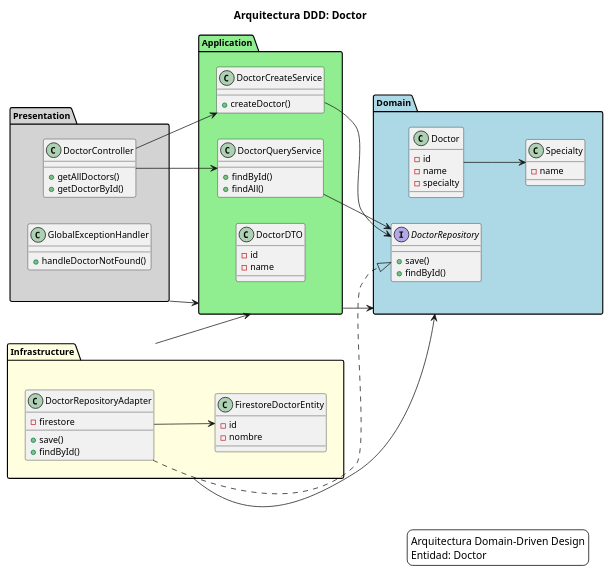
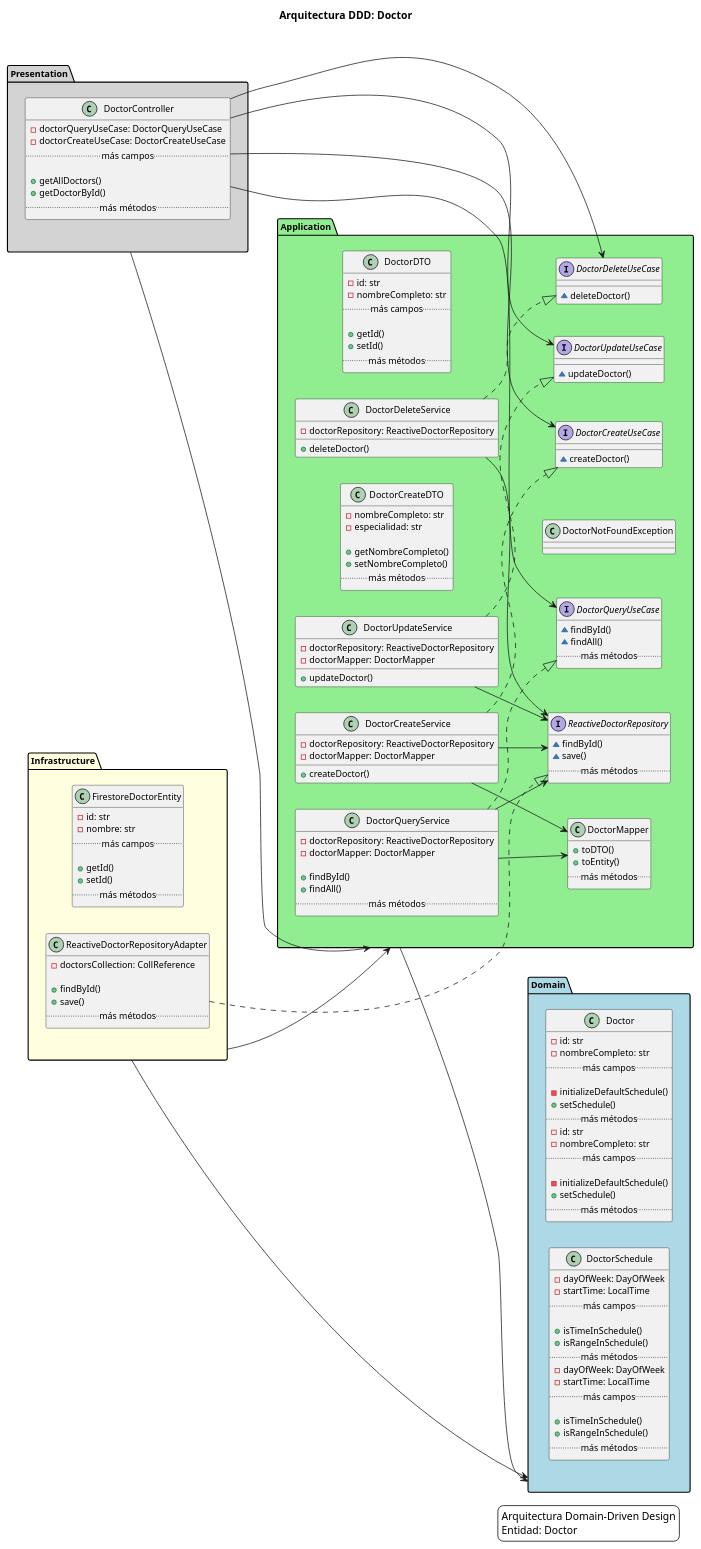
The diagram in Odoonto.Back/src/main/java/odoonto/documentation/plantuml/doctor/doctor_ddd_diagram.puml (JBorrsad/odonto6), drawn with PlantUML before and after one commit. The commit also changed 10 other files, not shown here.

Commit message:
upgrade diagrams

```diff
--- a/Odoonto.Back/src/main/java/odoonto/documentation/plantuml/doctor/doctor_ddd_diagram.puml
+++ b/Odoonto.Back/src/main/java/odoonto/documentation/plantuml/doctor/doctor_ddd_diagram.puml
@@ -1,83 +1,178 @@
 @startuml
+
 title Arquitectura DDD: Doctor
 
-' Configuración básica
 skinparam backgroundColor white
 skinparam defaultFontName Arial
 skinparam defaultFontSize 12
 scale max 1024 width
 left to right direction
 
-' Definición de paquetes y colores básicos
 package "Presentation" as presentation #lightgray {
   class DoctorController {
+    - doctorQueryUseCase: DoctorQueryUseCase
+    - doctorCreateUseCase: DoctorCreateUseCase
+    .. más campos ..
+
     + getAllDoctors()
     + getDoctorById()
-  }
-  class GlobalExceptionHandler {
-    + handleDoctorNotFound()
+    .. más métodos ..
   }
 }
 
 package "Application" as application #lightgreen {
+  class DoctorCreateDTO {
+    - nombreCompleto: str
+    - especialidad: str
+
+    + getNombreCompleto()
+    + setNombreCompleto()
+    .. más métodos ..
+  }
+  class DoctorDTO {
+    - id: str
+    - nombreCompleto: str
+    .. más campos ..
+
+    + getId()
+    + setId()
+    .. más métodos ..
+  }
+  class DoctorNotFoundException
+  class DoctorMapper {
+    + toDTO()
+    + toEntity()
+    .. más métodos ..
+  }
+  interface DoctorCreateUseCase {
+    ~ createDoctor()
+  }
+  interface DoctorDeleteUseCase {
+    ~ deleteDoctor()
+  }
+  interface DoctorQueryUseCase {
+    ~ findById()
+    ~ findAll()
+    .. más métodos ..
+  }
+  interface DoctorUpdateUseCase {
+    ~ updateDoctor()
+  }
+  interface ReactiveDoctorRepository {
+    ~ findById()
+    ~ save()
+    .. más métodos ..
+  }
   class DoctorCreateService {
+    - doctorRepository: ReactiveDoctorRepository
+    - doctorMapper: DoctorMapper
+
     + createDoctor()
   }
+  class DoctorDeleteService {
+    - doctorRepository: ReactiveDoctorRepository
+
+    + deleteDoctor()
+  }
   class DoctorQueryService {
+    - doctorRepository: ReactiveDoctorRepository
+    - doctorMapper: DoctorMapper
+
     + findById()
     + findAll()
+    .. más métodos ..
   }
-  class DoctorDTO {
-    - id
-    - name
+  class DoctorUpdateService {
+    - doctorRepository: ReactiveDoctorRepository
+    - doctorMapper: DoctorMapper
+
+    + updateDoctor()
   }
 }
 
 package "Domain" as domain #lightblue {
   class Doctor {
-    - id
-    - name
-    - specialty
+    - id: str
+    - nombreCompleto: str
+    .. más campos ..
+
+    - initializeDefaultSchedule()
+    + setSchedule()
+    .. más métodos ..
   }
-  class Specialty {
-    - name
+  class DoctorSchedule {
+    - dayOfWeek: DayOfWeek
+    - startTime: LocalTime
+    .. más campos ..
+
+    + isTimeInSchedule()
+    + isRangeInSchedule()
+    .. más métodos ..
   }
-  interface DoctorRepository {
-    + save()
-    + findById()
+  class Doctor {
+    - id: str
+    - nombreCompleto: str
+    .. más campos ..
+
+    - initializeDefaultSchedule()
+    + setSchedule()
+    .. más métodos ..
+  }
+  class DoctorSchedule {
+    - dayOfWeek: DayOfWeek
+    - startTime: LocalTime
+    .. más campos ..
+
+    + isTimeInSchedule()
+    + isRangeInSchedule()
+    .. más métodos ..
   }
 }
 
 package "Infrastructure" as infrastructure #lightyellow {
-  class DoctorRepositoryAdapter {
-    - firestore
+  class FirestoreDoctorEntity {
+    - id: str
+    - nombre: str
+    .. más campos ..
+
+    + getId()
+    + setId()
+    .. más métodos ..
+  }
+  class ReactiveDoctorRepositoryAdapter {
+    - doctorsCollection: CollReference
+
+    + findById()
     + save()
-    + findById()
-  }
-  class FirestoreDoctorEntity {
-    - id
-    - nombre
+    .. más métodos ..
   }
 }
 
-' Dependencias entre capas
+' Dependencias entre capas de arquitectura
 presentation --> application
 application --> domain
 infrastructure --> domain
 infrastructure --> application
 
-' Relaciones entre clases
-DoctorController --> DoctorQueryService
-DoctorController --> DoctorCreateService
-DoctorCreateService --> DoctorRepository
-DoctorQueryService --> DoctorRepository
-DoctorRepositoryAdapter ..|> DoctorRepository
-Doctor --> Specialty
-DoctorRepositoryAdapter --> FirestoreDoctorEntity
-
+' Relaciones entre clases principales
+ReactiveDoctorRepositoryAdapter ..|> ReactiveDoctorRepository
+DoctorController --> DoctorCreateUseCase
+DoctorController --> DoctorUpdateUseCase
+DoctorController --> DoctorDeleteUseCase
+DoctorController --> DoctorQueryUseCase
+DoctorUpdateService ..|> DoctorUpdateUseCase
+DoctorQueryService ..|> DoctorQueryUseCase
+DoctorCreateService ..|> DoctorCreateUseCase
+DoctorDeleteService ..|> DoctorDeleteUseCase
+DoctorCreateService --> ReactiveDoctorRepository
+DoctorQueryService --> ReactiveDoctorRepository
+DoctorCreateService --> DoctorMapper
+DoctorUpdateService --> ReactiveDoctorRepository
+DoctorDeleteService --> ReactiveDoctorRepository
+DoctorQueryService --> DoctorMapper
 legend right
   Arquitectura Domain-Driven Design
   Entidad: Doctor
 endlegend
 
 @enduml
```
